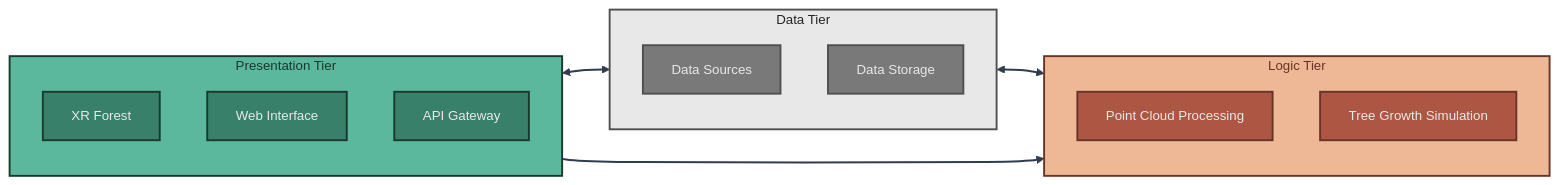
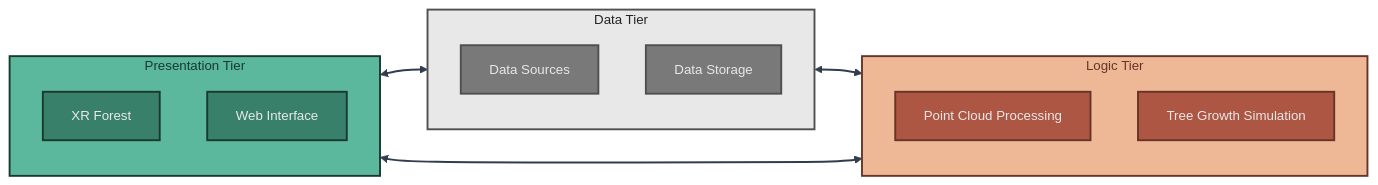
The first of 4 diagrams in docs/architecture/architecture.md (XRFutureForests/digital-twin-db), drawn with Mermaid before and after one commit. The commit also changed other lines of this file and 5 other files, not shown here.

````diff
--- a/docs/architecture/architecture.md
+++ b/docs/architecture/architecture.md
@@ -5,51 +5,50 @@
 ```mermaid
 %%{
 init: {
 'theme': 'base',
 'themeVariables': {
 'fontSize': '14px',
 'secondaryColor': '#ababab'
 }
 }
 }%%
 flowchart LR
 
 subgraph DATA["Data Tier"]
 D1[Data Sources]
 D2[Data Storage]
 end
 
 subgraph LOGIC["Logic Tier"]
 L1[Point Cloud Processing]
 L2[Tree Growth Simulation]
 end
 
 subgraph PRESENTATION["Presentation Tier"]
 P2[XR Forest]
 P3[Web Interface]
-P1[API Gateway]
 end
 
 DATA <--> LOGIC
-PRESENTATION --> LOGIC
+PRESENTATION <--> LOGIC
 PRESENTATION <--> DATA
 
 %% Subgraph styling - light colors
 classDef dataTier fill:#e8e8e8,stroke:#4f4f4f,stroke-width:2px,color:#242424
 classDef logicTier fill:#eeb896,stroke:#673428,stroke-width:2px,color:#673428
 classDef presentationTier fill:#5CB89C,stroke:#19392f,stroke-width:2px,color:#19392f
 
 %% Node styling - darkest colors
 classDef dataNode fill:#797979,stroke:#4f4f4f,stroke-width:2px,color:#e8e8e8
 classDef logicNode fill:#AD5643,stroke:#673428,stroke-width:2px,color:#e8e8e8
 classDef presentationNode fill:#38806a,stroke:#19392f,stroke-width:2px,color:#e8e8e8
 
 class DATA dataTier
 class D1,D2 dataNode
 class LOGIC logicTier
 class L1,L2 logicNode
 class PRESENTATION presentationTier
-class P1,P2,P3 presentationNode
+class P2,P3 presentationNode
 
 linkStyle 0,1,2 stroke:#313D4F,stroke-width:2px
 ```
````
